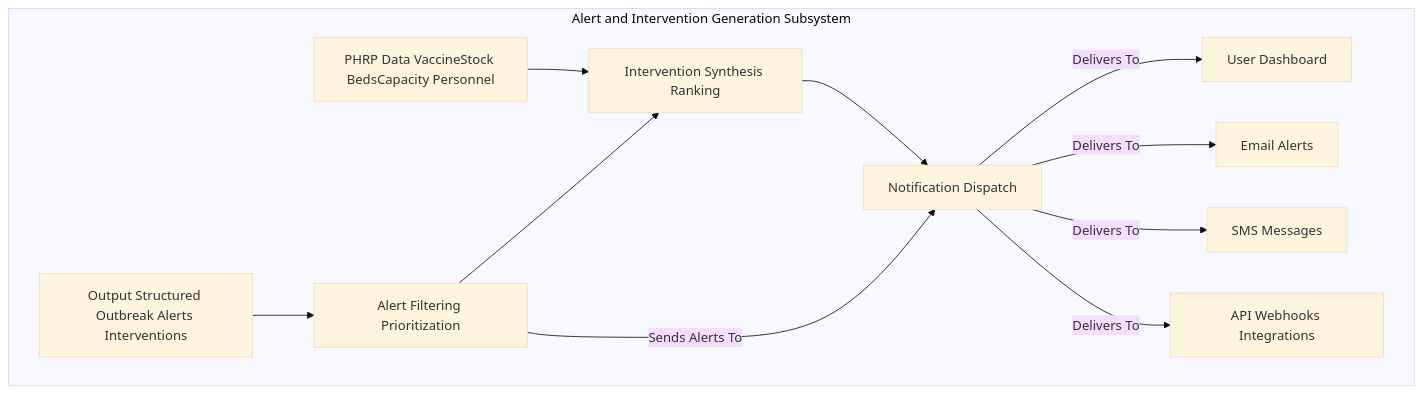
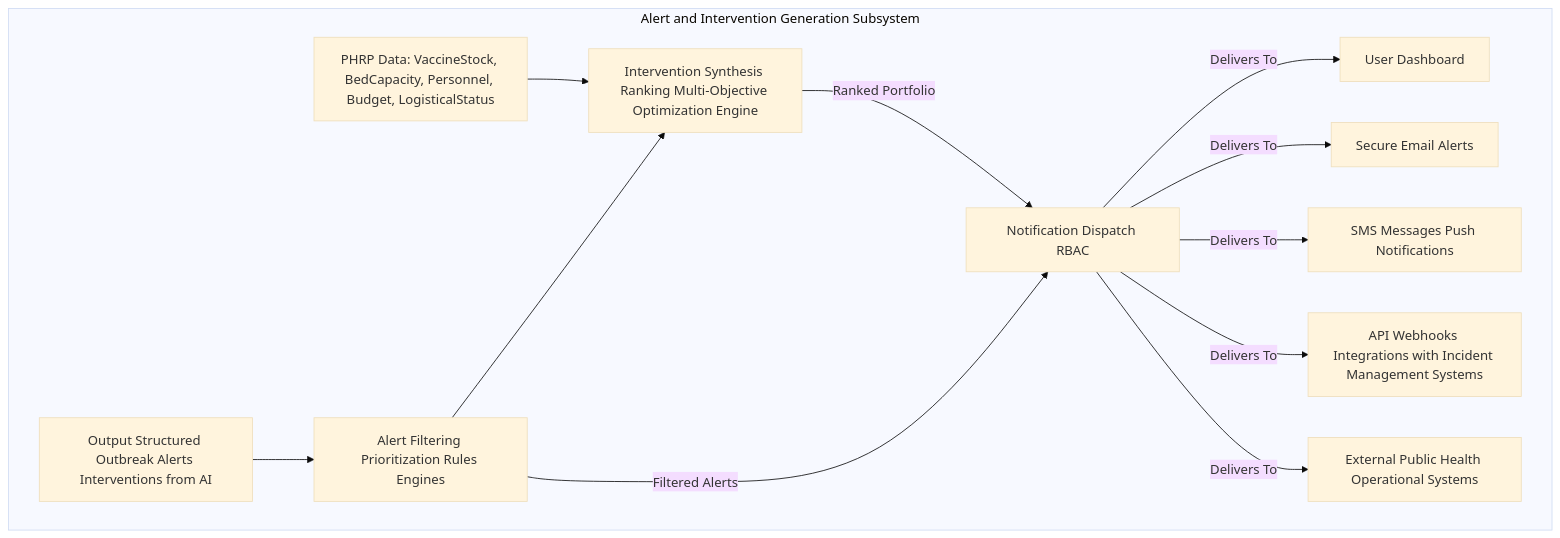
The fifth of 10 diagrams in inventions/inventions/025_predictive_epidemic_outbreak_modeling.md (diplomat-bit/Citibank_Demo_Business_Inc_Demonstration-), drawn with Mermaid (base theme) before and after one commit. The commit also changed other lines of this file, not shown here.

Commit message:
[AI] Edit: inventions/inventions/025_predictive_epidemic_outbreak_modeling.md

````diff
--- a/inventions/inventions/025_predictive_epidemic_outbreak_modeling.md
+++ b/inventions/inventions/025_predictive_epidemic_outbreak_modeling.md
@@ -190,14 +209,15 @@
 ```mermaid
 graph TD
     subgraph Alert and Intervention Generation Subsystem
-        OSD[Output Structured Outbreak Alerts Interventions] --> AFP[Alert Filtering Prioritization]
-        PHRP_DATA[PHRP Data VaccineStock BedsCapacity Personnel] --> ISS[Intervention Synthesis Ranking]
+        OSD[Output Structured Outbreak Alerts Interventions from AI] --> AFP[Alert Filtering Prioritization Rules Engines]
+        PHRP_DATA[PHRP Data: VaccineStock, BedCapacity, Personnel, Budget, LogisticalStatus] --> ISS[Intervention Synthesis Ranking Multi-Objective Optimization Engine]
         AFP --> ISS
-        ISS --> ND[Notification Dispatch]
-        AFP -- Sends Alerts To --> ND
+        ISS -- Ranked Portfolio --> ND[Notification Dispatch RBAC]
+        AFP -- Filtered Alerts --> ND
         ND -- Delivers To --> UD[User Dashboard]
-        ND -- Delivers To --> EMAIL[Email Alerts]
-        ND -- Delivers To --> SMS[SMS Messages]
-        ND -- Delivers To --> WEBHOOK[API Webhooks Integrations]
+        ND -- Delivers To --> EMAIL[Secure Email Alerts]
+        ND -- Delivers To --> SMS[SMS Messages Push Notifications]
+        ND -- Delivers To --> WEBHOOK[API Webhooks Integrations with Incident Management Systems]
+        ND -- Delivers To --> OPERATIONAL_SYSTEMS[External Public Health Operational Systems]
     end
 ```
````
